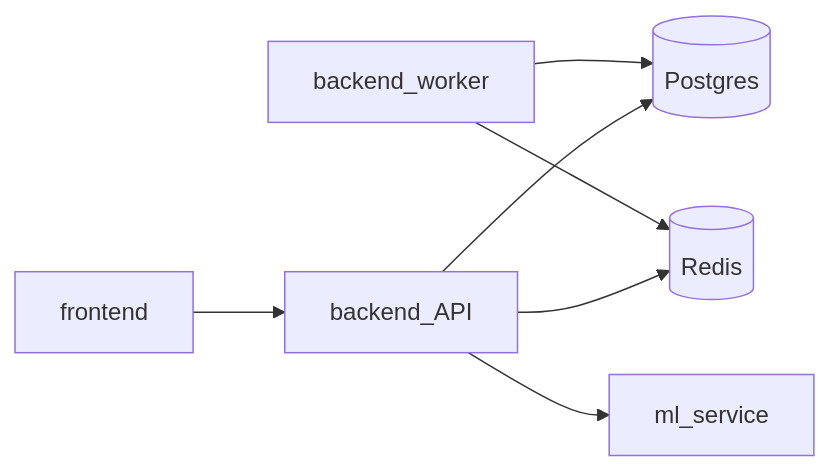
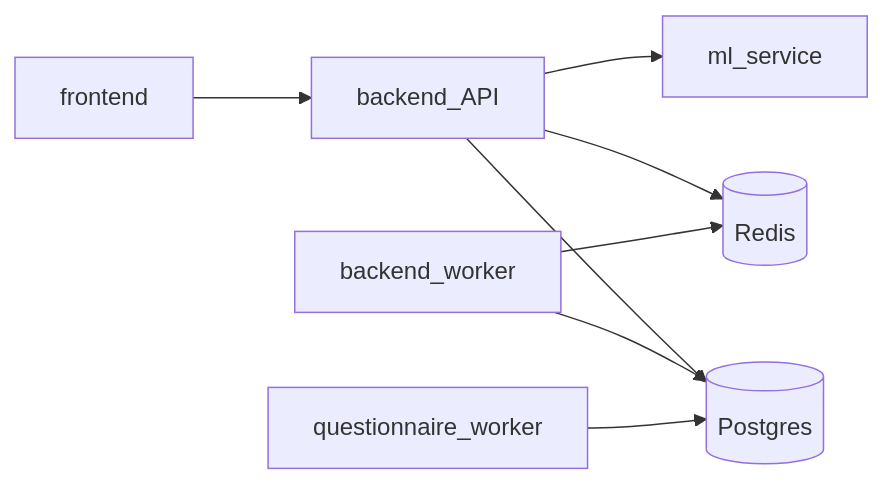
The diagram in backend/docs/architecture.md (TGVERSION/vismuth-dental), drawn with Mermaid before and after one commit. The commit also changed other lines of this file and 6 other files, not shown here.

````diff
--- a/backend/docs/architecture.md
+++ b/backend/docs/architecture.md
@@ -47,16 +47,18 @@
 ```mermaid
 flowchart LR
   frontend[frontend]
   backend[backend_API]
   worker[backend_worker]
+  qWorker[questionnaire_worker]
   db[(Postgres)]
   redis[(Redis)]
   ml[ml_service]
 
   frontend --> backend
   backend --> db
   backend --> redis
   backend --> ml
   worker --> redis
   worker --> db
+  qWorker --> db
 ```
````
